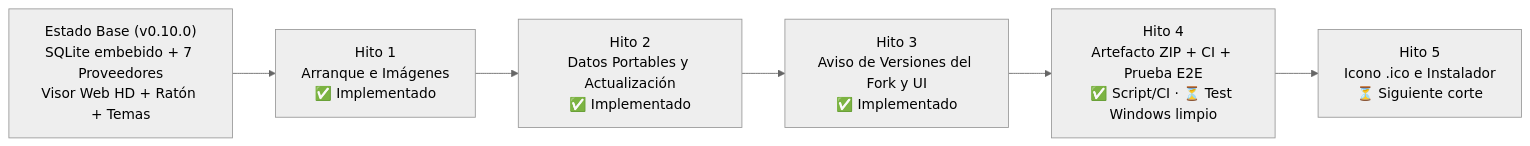
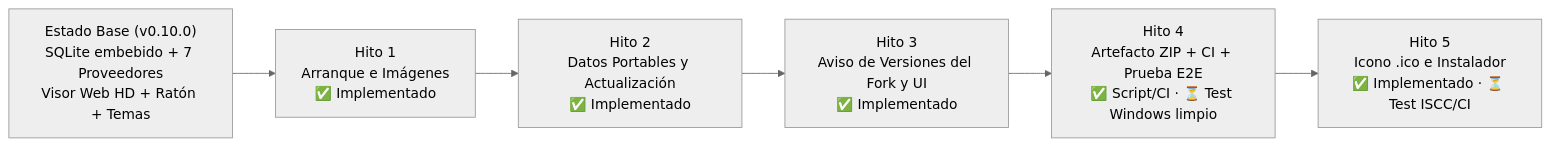
One commit to tomahawk1103/manga-tui changed the diagram in ROADMAP.md. Above: the diagram before and after it, drawn with Mermaid (neutral theme). The commit also changed other lines of this file and 11 other files, not shown here.

````diff
--- a/ROADMAP.md
+++ b/ROADMAP.md
@@ -5,11 +5,11 @@
 ```mermaid
 flowchart LR
     Base["Estado Base (v0.10.0)<br/>SQLite embebido + 7 Proveedores<br/>Visor Web HD + Ratón + Temas"]
     H1["Hito 1<br/>Arranque e Imágenes<br/>✅ Implementado"]
     H2["Hito 2<br/>Datos Portables y Actualización<br/>✅ Implementado"]
     H3["Hito 3<br/>Aviso de Versiones del Fork y UI<br/>✅ Implementado"]
     H4["Hito 4<br/>Artefacto ZIP + CI + Prueba E2E<br/>✅ Script/CI · ⏳ Test Windows limpio"]
-    H5["Hito 5<br/>Icono .ico e Instalador<br/>⏳ Siguiente corte"]
+    H5["Hito 5<br/>Icono .ico e Instalador<br/>✅ Implementado · ⏳ Test ISCC/CI"]
 
     Base --> H1 --> H2 --> H3 --> H4 --> H5
 ```
````
